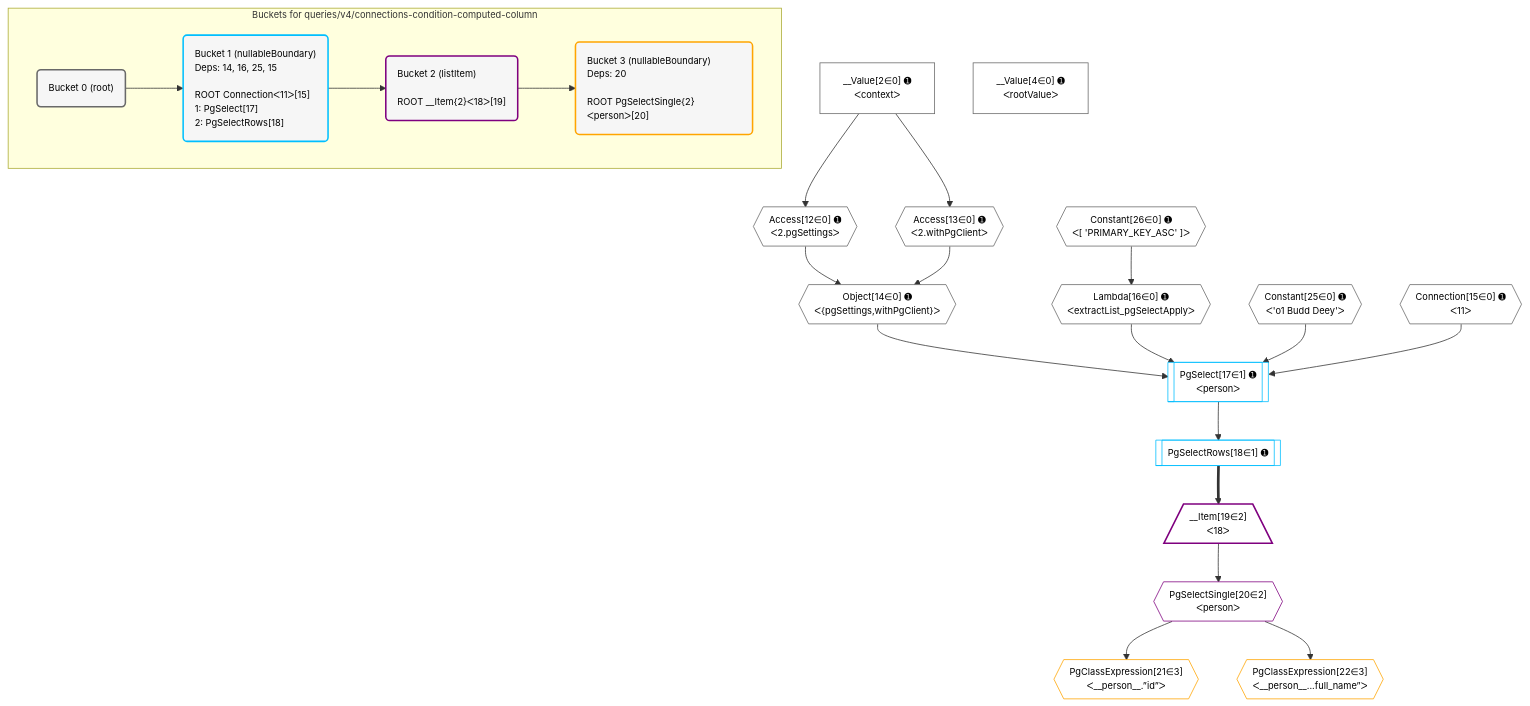
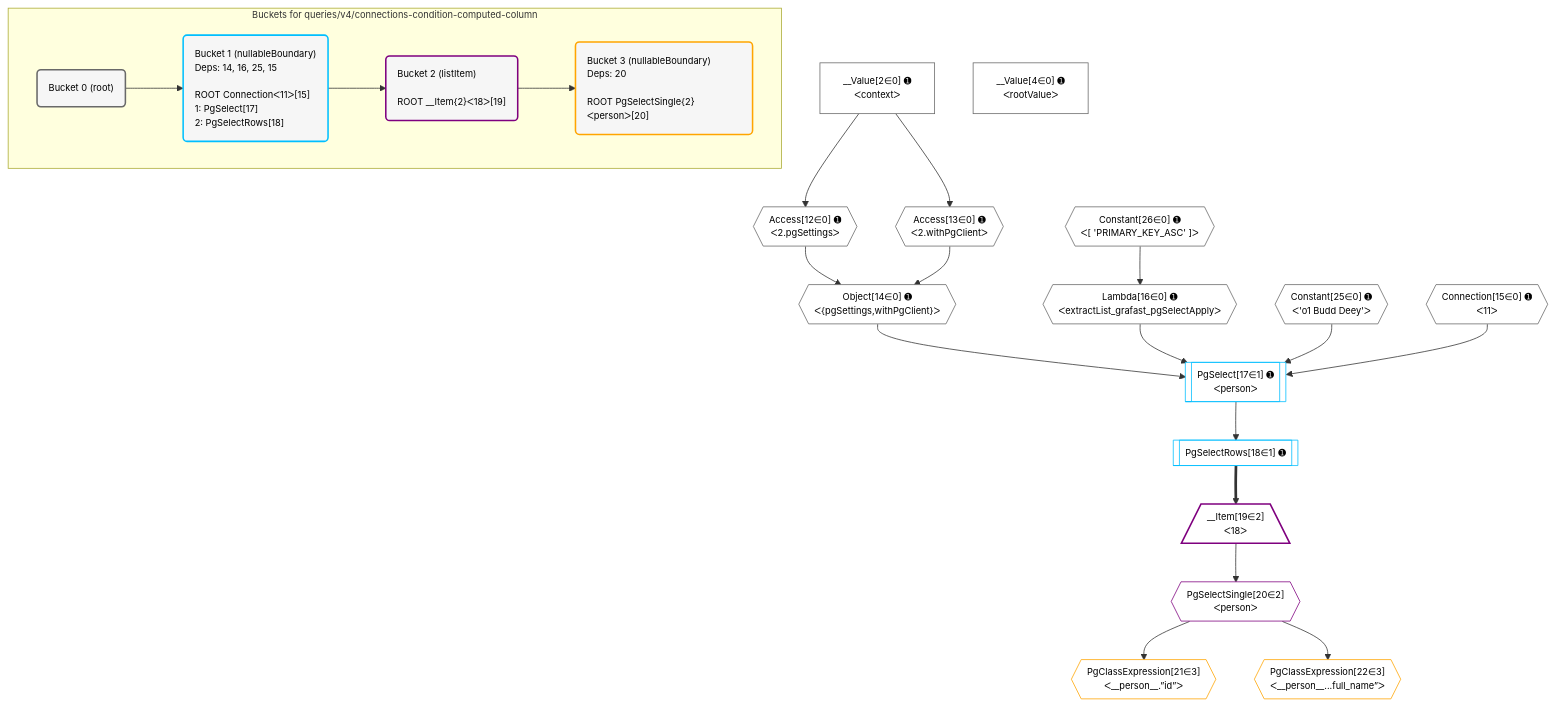
The diagram in postgraphile/postgraphile/__tests__/queries/v4/connections-condition-computed-column.mermaid (graphile/crystal), drawn with Mermaid before and after one commit. The commit also changed 161 other files, not shown here.

```diff
--- a/postgraphile/postgraphile/__tests__/queries/v4/connections-condition-computed-column.mermaid
+++ b/postgraphile/postgraphile/__tests__/queries/v4/connections-condition-computed-column.mermaid
@@ -1,56 +1,56 @@
 %%{init: {'themeVariables': { 'fontSize': '12px'}}}%%
 graph TD
     classDef path fill:#eee,stroke:#000,color:#000
     classDef plan fill:#fff,stroke-width:1px,color:#000
     classDef itemplan fill:#fff,stroke-width:2px,color:#000
     classDef unbatchedplan fill:#dff,stroke-width:1px,color:#000
     classDef sideeffectplan fill:#fcc,stroke-width:2px,color:#000
     classDef bucket fill:#f6f6f6,color:#000,stroke-width:2px,text-align:left
 
 
     %% plan dependencies
     Object14{{"Object[14∈0] ➊<br />ᐸ{pgSettings,withPgClient}ᐳ"}}:::plan
     Access12{{"Access[12∈0] ➊<br />ᐸ2.pgSettingsᐳ"}}:::plan
     Access13{{"Access[13∈0] ➊<br />ᐸ2.withPgClientᐳ"}}:::plan
     Access12 & Access13 --> Object14
     __Value2["__Value[2∈0] ➊<br />ᐸcontextᐳ"]:::plan
     __Value2 --> Access12
     __Value2 --> Access13
-    Lambda16{{"Lambda[16∈0] ➊<br />ᐸextractList_pgSelectApplyᐳ"}}:::plan
+    Lambda16{{"Lambda[16∈0] ➊<br />ᐸextractList_grafast_pgSelectApplyᐳ"}}:::plan
     Constant26{{"Constant[26∈0] ➊<br />ᐸ[ 'PRIMARY_KEY_ASC' ]ᐳ"}}:::plan
     Constant26 --> Lambda16
     __Value4["__Value[4∈0] ➊<br />ᐸrootValueᐳ"]:::plan
     Connection15{{"Connection[15∈0] ➊<br />ᐸ11ᐳ"}}:::plan
     Constant25{{"Constant[25∈0] ➊<br />ᐸ'o1 Budd Deey'ᐳ"}}:::plan
     PgSelect17[["PgSelect[17∈1] ➊<br />ᐸpersonᐳ"]]:::plan
     Object14 & Lambda16 & Constant25 & Connection15 --> PgSelect17
     PgSelectRows18[["PgSelectRows[18∈1] ➊"]]:::plan
     PgSelect17 --> PgSelectRows18
     __Item19[/"__Item[19∈2]<br />ᐸ18ᐳ"\]:::itemplan
     PgSelectRows18 ==> __Item19
     PgSelectSingle20{{"PgSelectSingle[20∈2]<br />ᐸpersonᐳ"}}:::plan
     __Item19 --> PgSelectSingle20
     PgClassExpression21{{"PgClassExpression[21∈3]<br />ᐸ__person__.”id”ᐳ"}}:::plan
     PgSelectSingle20 --> PgClassExpression21
     PgClassExpression22{{"PgClassExpression[22∈3]<br />ᐸ__person__...full_name”ᐳ"}}:::plan
     PgSelectSingle20 --> PgClassExpression22
 
     %% define steps
 
     subgraph "Buckets for queries/v4/connections-condition-computed-column"
     Bucket0("Bucket 0 (root)"):::bucket
     classDef bucket0 stroke:#696969
     class Bucket0,__Value2,__Value4,Access12,Access13,Object14,Connection15,Lambda16,Constant25,Constant26 bucket0
     Bucket1("Bucket 1 (nullableBoundary)<br />Deps: 14, 16, 25, 15<br /><br />ROOT Connectionᐸ11ᐳ[15]<br />1: PgSelect[17]<br />2: PgSelectRows[18]"):::bucket
     classDef bucket1 stroke:#00bfff
     class Bucket1,PgSelect17,PgSelectRows18 bucket1
     Bucket2("Bucket 2 (listItem)<br /><br />ROOT __Item{2}ᐸ18ᐳ[19]"):::bucket
     classDef bucket2 stroke:#7f007f
     class Bucket2,__Item19,PgSelectSingle20 bucket2
     Bucket3("Bucket 3 (nullableBoundary)<br />Deps: 20<br /><br />ROOT PgSelectSingle{2}ᐸpersonᐳ[20]"):::bucket
     classDef bucket3 stroke:#ffa500
     class Bucket3,PgClassExpression21,PgClassExpression22 bucket3
     Bucket0 --> Bucket1
     Bucket1 --> Bucket2
     Bucket2 --> Bucket3
     end
```
